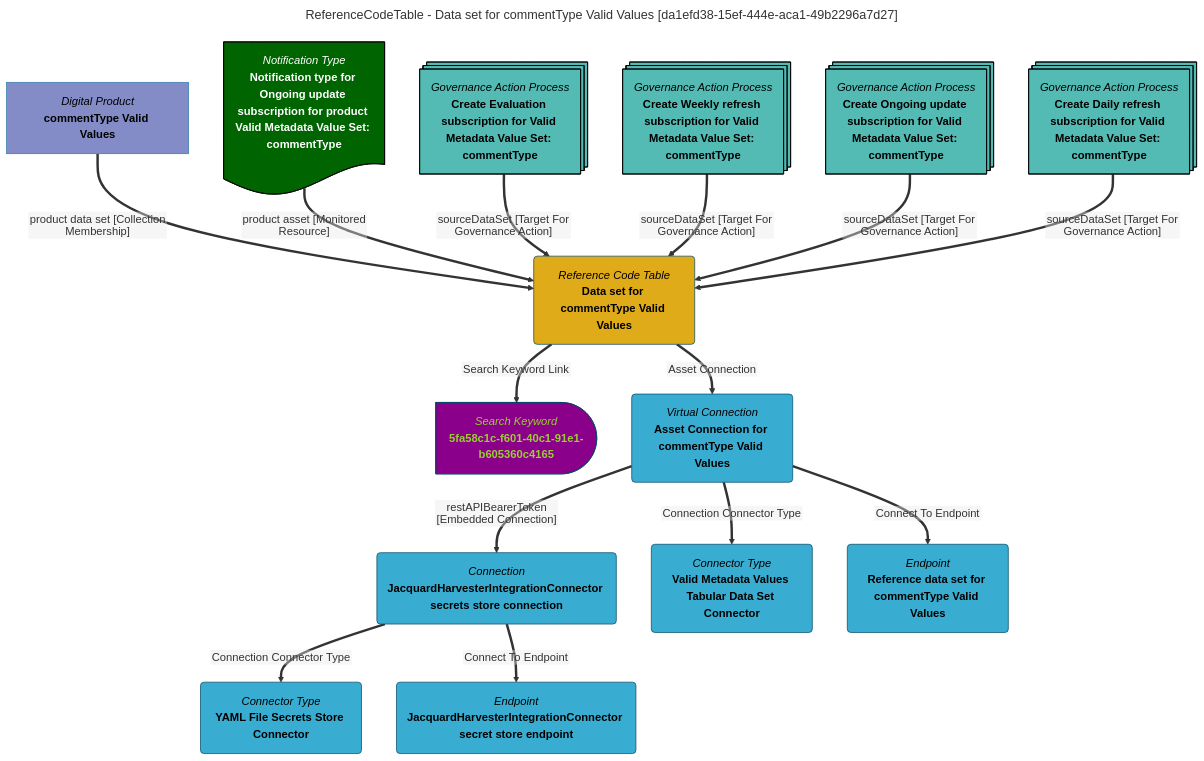
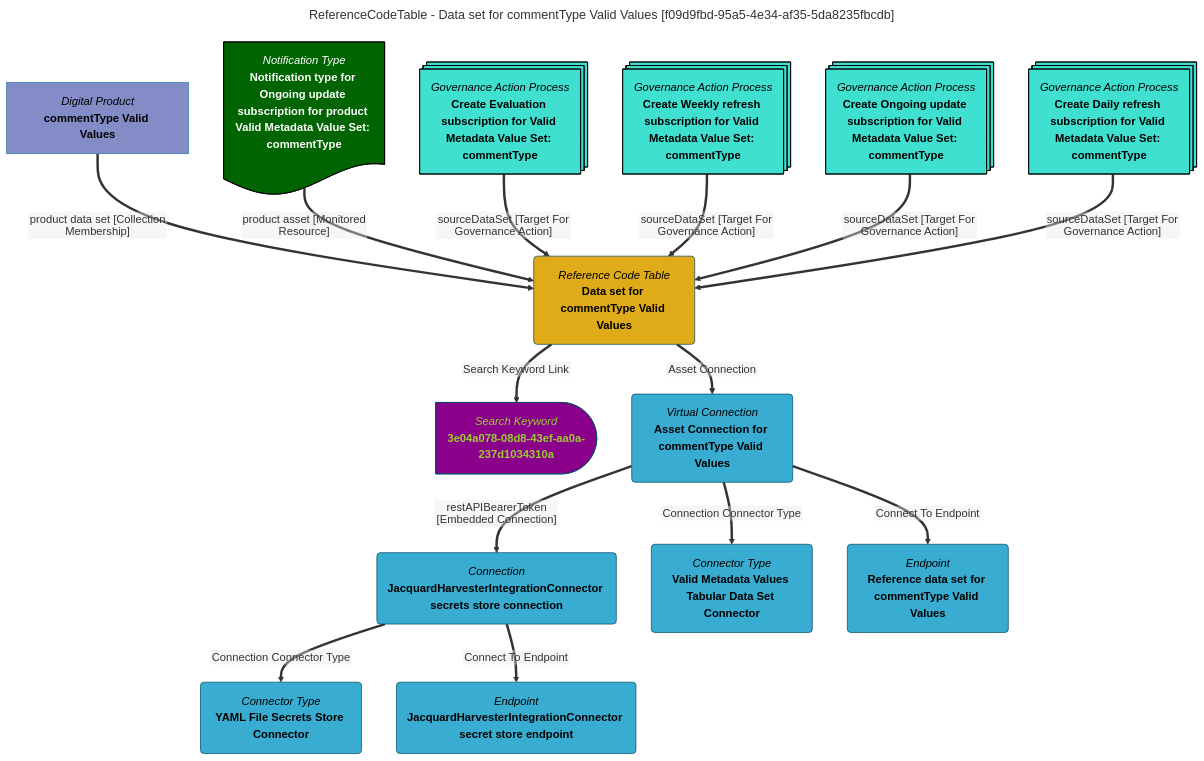
The diagram in site/snippets/data-assets/data-set-for-commenttype-valid-values-mermaid-graph.md (odpi/egeria-docs), drawn with Mermaid before and after one commit. The commit also changed 2201 other files, not shown here.

````diff
--- a/site/snippets/data-assets/data-set-for-commenttype-valid-values-mermaid-graph.md
+++ b/site/snippets/data-assets/data-set-for-commenttype-valid-values-mermaid-graph.md
@@ -1,63 +1,63 @@
 ```mermaid
 ---
-title: ReferenceCodeTable - Data set for commentType Valid Values [da1efd38-15ef-444e-aca1-49b2296a7d27]
+title: ReferenceCodeTable - Data set for commentType Valid Values [f09d9fbd-95a5-4e34-af35-5da8235fbcdb]
 ---
 flowchart TD
 %%{init: {"flowchart": {"htmlLabels": false}} }%%
 
 1@{ shape: rounded, label: "*Reference Code Table*
 **Data set for commentType Valid Values**"}
 2@{ shape: delay, label: "*Search Keyword*
-**5fa58c1c-f601-40c1-91e1-b605360c4165**"}
+**3e04a078-08d8-43ef-aa0a-237d1034310a**"}
 1==>|"Search Keyword Link"|2
 3@{ shape: rect, label: "*Digital Product*
 **commentType Valid Values**"}
 3==>|"product data set [Collection Membership]"|1
 4@{ shape: rounded, label: "*Virtual Connection*
 **Asset Connection for commentType Valid Values**"}
 1==>|"Asset Connection"|4
 5@{ shape: rounded, label: "*Connection*
 **JacquardHarvesterIntegrationConnector secrets store connection**"}
 4==>|"restAPIBearerToken [Embedded Connection]"|5
 6@{ shape: rounded, label: "*Connector Type*
 **YAML File Secrets Store Connector**"}
 5==>|"Connection Connector Type"|6
 7@{ shape: rounded, label: "*Endpoint*
 **JacquardHarvesterIntegrationConnector secret store endpoint**"}
 5==>|"Connect To Endpoint"|7
 8@{ shape: rounded, label: "*Connector Type*
 **Valid Metadata Values Tabular Data Set Connector**"}
 4==>|"Connection Connector Type"|8
 9@{ shape: rounded, label: "*Endpoint*
 **Reference data set for commentType Valid Values**"}
 4==>|"Connect To Endpoint"|9
 10@{ shape: doc, label: "*Notification Type*
 **Notification type for Ongoing update subscription for product Valid Metadata Value Set: commentType**"}
 10==>|"product asset [Monitored Resource]"|1
 11@{ shape: processes, label: "*Governance Action Process*
 **Create Evaluation subscription for Valid Metadata Value Set: commentType**"}
 11==>|"sourceDataSet [Target For Governance Action]"|1
 12@{ shape: processes, label: "*Governance Action Process*
 **Create Weekly refresh subscription for Valid Metadata Value Set: commentType**"}
 12==>|"sourceDataSet [Target For Governance Action]"|1
 13@{ shape: processes, label: "*Governance Action Process*
 **Create Ongoing update subscription for Valid Metadata Value Set: commentType**"}
 13==>|"sourceDataSet [Target For Governance Action]"|1
 14@{ shape: processes, label: "*Governance Action Process*
 **Create Daily refresh subscription for Valid Metadata Value Set: commentType**"}
 14==>|"sourceDataSet [Target For Governance Action]"|1
-style 11 color:#000000, fill:#53bbb4, stroke:#000000
-style 12 color:#000000, fill:#53bbb4, stroke:#000000
-style 13 color:#000000, fill:#53bbb4, stroke:#000000
-style 14 color:#000000, fill:#53bbb4, stroke:#000000
+style 11 color:#000000, fill:#40E0D0, stroke:#000000
+style 12 color:#000000, fill:#40E0D0, stroke:#000000
+style 13 color:#000000, fill:#40E0D0, stroke:#000000
+style 14 color:#000000, fill:#40E0D0, stroke:#000000
 style 1 color:#000000, fill:#e0ab18, stroke:#004563
-style 2 color:#9acd32, fill:#8b008b, stroke:#004563
+style 2 color:#9ACD32, fill:#8B008B, stroke:#004563
 style 3 color:#000000, fill:#838cc7, stroke:#3079ab
 style 4 color:#000000, fill:#39add1, stroke:#004563
 style 5 color:#000000, fill:#39add1, stroke:#004563
 style 6 color:#000000, fill:#39add1, stroke:#004563
 style 7 color:#000000, fill:#39add1, stroke:#004563
 style 8 color:#000000, fill:#39add1, stroke:#004563
 style 9 color:#000000, fill:#39add1, stroke:#004563
 style 10 color:#FFFFFF, fill:#006400, stroke:#000000
 ```
````
